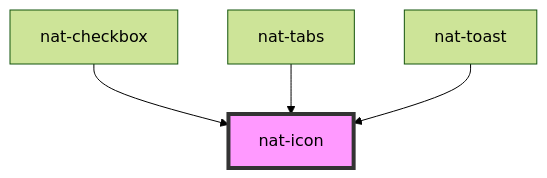
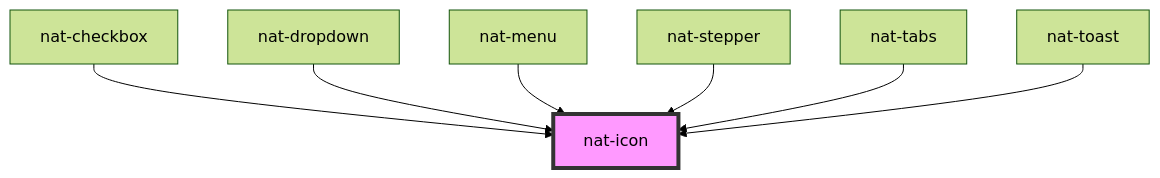
Before and after one commit to tuongna/nat-ui: the diagram in src/components/nat-icon/readme.md, drawn with Mermaid (forest theme). The commit also changed other lines of this file and 17 other files, not shown here.

First line of the commit message:
feat: add dropdown, menu, and stepper components with advanced UI and accessibility

````diff
--- a/src/components/nat-icon/readme.md
+++ b/src/components/nat-icon/readme.md
@@ -40,7 +43,10 @@
 ```mermaid
 graph TD;
   nat-checkbox --> nat-icon
+  nat-dropdown --> nat-icon
+  nat-menu --> nat-icon
+  nat-stepper --> nat-icon
   nat-tabs --> nat-icon
   nat-toast --> nat-icon
   style nat-icon fill:#f9f,stroke:#333,stroke-width:4px
 ```
````
